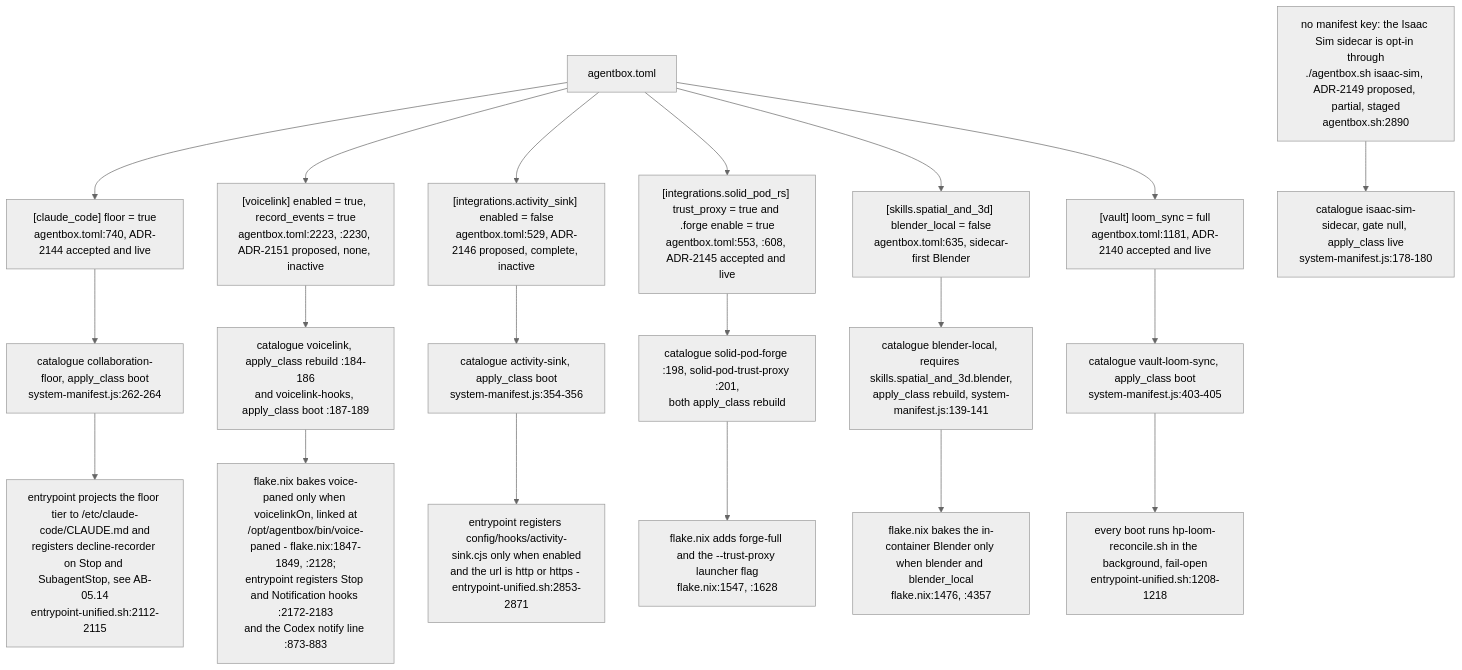
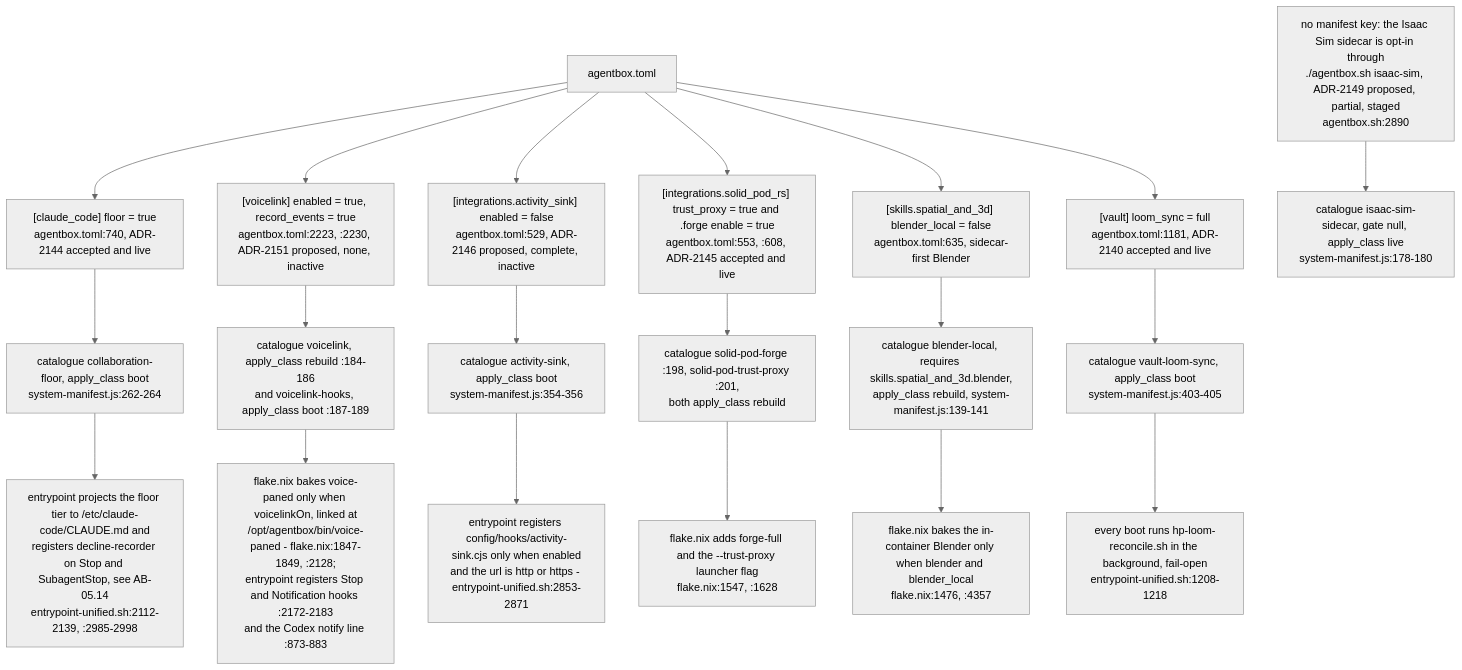
Before and after one commit to DreamLab-AI/VisionFlow: diagram 16 of 16 in docs/diagrams/agentbox/05-manifest-gates-and-cli.md, drawn with Mermaid (neutral theme). The commit also changed other lines of this file and 39 other files, not shown here.

````diff
--- a/docs/diagrams/agentbox/05-manifest-gates-and-cli.md
+++ b/docs/diagrams/agentbox/05-manifest-gates-and-cli.md
@@ -583,26 +583,26 @@
 ```mermaid
 flowchart TB
     TOML["agentbox.toml"]
     TOML --> G1["[claude_code] floor = true<br/>agentbox.toml:740, ADR-2144 accepted and live"]
     TOML --> G2["[voicelink] enabled = true, record_events = true<br/>agentbox.toml:2223, :2230, ADR-2151 proposed, none, inactive"]
     TOML --> G3["[integrations.activity_sink] enabled = false<br/>agentbox.toml:529, ADR-2146 proposed, complete, inactive"]
     TOML --> G4["[integrations.solid_pod_rs] trust_proxy = true and .forge enable = true<br/>agentbox.toml:553, :608, ADR-2145 accepted and live"]
     TOML --> G5["[skills.spatial_and_3d] blender_local = false<br/>agentbox.toml:635, sidecar-first Blender"]
     TOML --> G6["[vault] loom_sync = full<br/>agentbox.toml:1181, ADR-2140 accepted and live"]
     NOKEY["no manifest key: the Isaac Sim sidecar is opt-in through<br/>./agentbox.sh isaac-sim, ADR-2149 proposed, partial, staged<br/>agentbox.sh:2890"]
 
     G1 --> C1["catalogue collaboration-floor, apply_class boot<br/>system-manifest.js:262-264"]
     G2 --> C2["catalogue voicelink, apply_class rebuild :184-186<br/>and voicelink-hooks, apply_class boot :187-189"]
     G3 --> C3["catalogue activity-sink, apply_class boot<br/>system-manifest.js:354-356"]
     G4 --> C4["catalogue solid-pod-forge :198, solid-pod-trust-proxy :201,<br/>both apply_class rebuild"]
     G5 --> C5["catalogue blender-local, requires skills.spatial_and_3d.blender,<br/>apply_class rebuild, system-manifest.js:139-141"]
     G6 --> C6["catalogue vault-loom-sync, apply_class boot<br/>system-manifest.js:403-405"]
     NOKEY --> C7["catalogue isaac-sim-sidecar, gate null, apply_class live<br/>system-manifest.js:178-180"]
 
-    C1 --> B1["entrypoint projects the floor tier to /etc/claude-code/CLAUDE.md and<br/>registers decline-recorder on Stop and SubagentStop, see AB-05.14<br/>entrypoint-unified.sh:2112-2115"]
+    C1 --> B1["entrypoint projects the floor tier to /etc/claude-code/CLAUDE.md and<br/>registers decline-recorder on Stop and SubagentStop, see AB-05.14<br/>entrypoint-unified.sh:2112-2139, :2985-2998"]
     C2 --> B2["flake.nix bakes voice-paned only when voicelinkOn, linked at<br/>/opt/agentbox/bin/voice-paned - flake.nix:1847-1849, :2128;<br/>entrypoint registers Stop and Notification hooks :2172-2183<br/>and the Codex notify line :873-883"]
     C3 --> B3["entrypoint registers config/hooks/activity-sink.cjs only when enabled<br/>and the url is http or https - entrypoint-unified.sh:2853-2871"]
     C4 --> B4["flake.nix adds forge-full and the --trust-proxy launcher flag<br/>flake.nix:1547, :1628"]
     C5 --> B5["flake.nix bakes the in-container Blender only when blender and blender_local<br/>flake.nix:1476, :4357"]
     C6 --> B6["every boot runs hp-loom-reconcile.sh in the background, fail-open<br/>entrypoint-unified.sh:1208-1218"]
 ```
````
